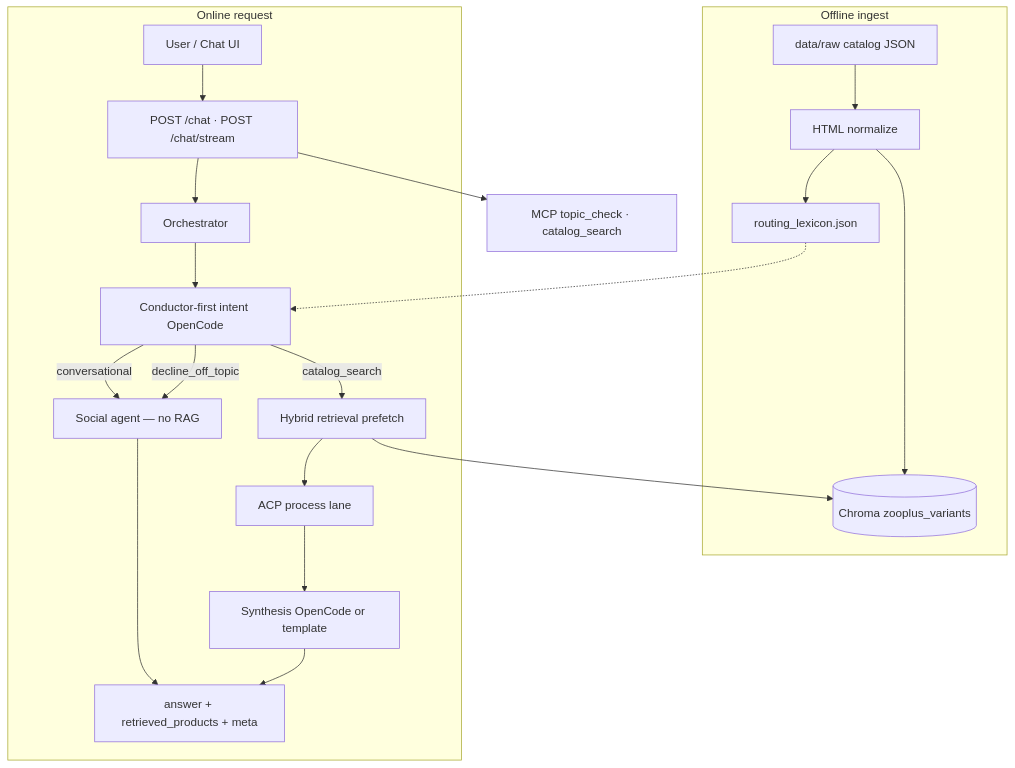
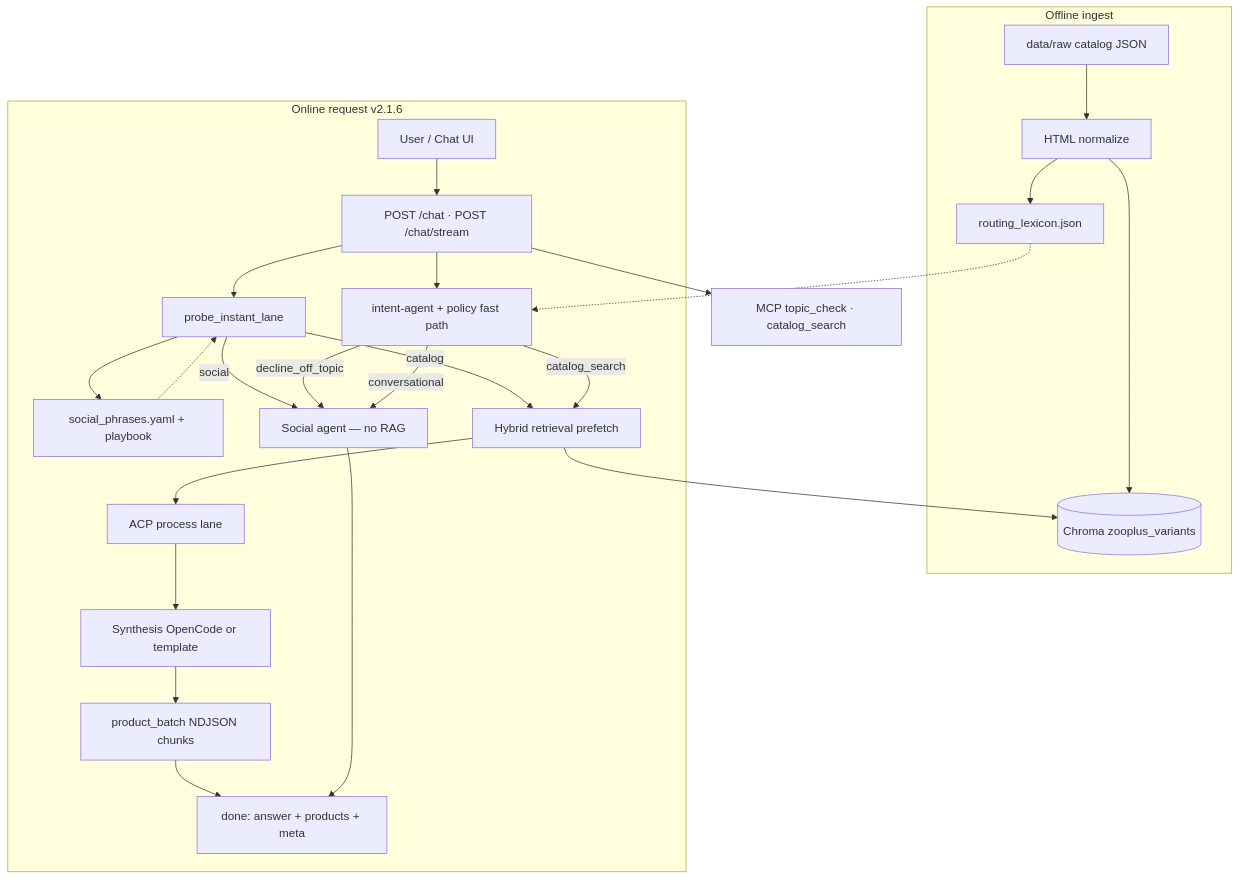
One commit to peluzzza/PoCAssistantZooplus changed the diagram in README.md. Above: the diagram before and after it, drawn with Mermaid. The commit also changed other lines of this file and 5 other files, not shown here.

Commit message:
docs(v2.1.6): refresh architecture diagrams and PPT flow graphics

````diff
--- a/README.md
+++ b/README.md
@@ -35,25 +35,30 @@
 ```mermaid
 flowchart TB
   subgraph offline [Offline ingest]
     RAW[data/raw catalog JSON] --> NORM[HTML normalize]
     NORM --> CHROMA[(Chroma zooplus_variants)]
     NORM --> LEX[routing_lexicon.json]
   end
 
-  subgraph online [Online request]
+  subgraph online [Online request v2.1.6]
     U[User / Chat UI] --> API["POST /chat · POST /chat/stream"]
-    API --> ORCH[Orchestrator]
-    ORCH --> COND[Conductor-first intent OpenCode]
-    COND -->|decline_off_topic| SOC[Social agent — no RAG]
-    COND -->|conversational| SOC
-    COND -->|catalog_search| HYB[Hybrid retrieval prefetch]
+    API --> PROBE[probe_instant_lane]
+    PROBE --> PHRASE[social_phrases.yaml + playbook]
+    PROBE -->|social| SOC[Social agent — no RAG]
+    PROBE -->|catalog| HYB[Hybrid retrieval prefetch]
+    API --> INT[intent-agent + policy fast path]
+    INT -->|decline_off_topic| SOC
+    INT -->|conversational| SOC
+    INT -->|catalog_search| HYB
     HYB --> CHROMA
     HYB --> ACP[ACP process lane]
     ACP --> SYN[Synthesis OpenCode or template]
-    SYN --> RESP["answer + retrieved_products + meta"]
+    SYN --> BATCH[product_batch NDJSON chunks]
+    BATCH --> RESP["done: answer + products + meta"]
     SOC --> RESP
   end
 
-  LEX -.-> COND
+  LEX -.-> INT
+  PHRASE -.-> PROBE
   API --> MCP[MCP topic_check · catalog_search]
 ```
````
